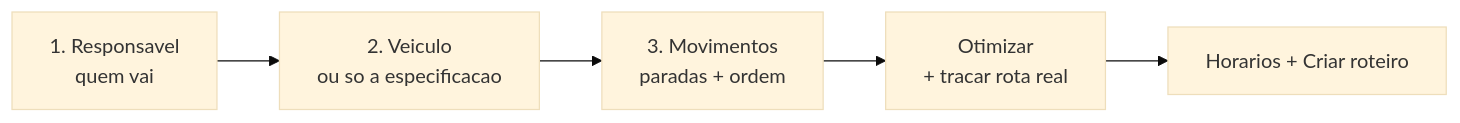
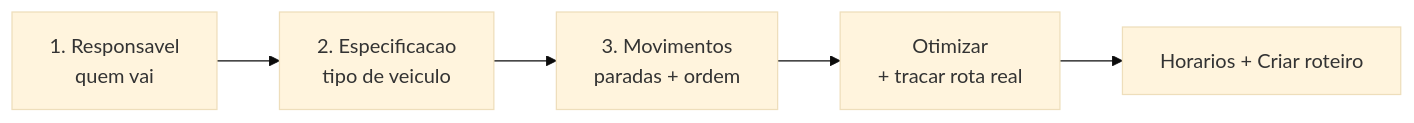
The first of 2 diagrams in logistica/planejando-o-roteiro.md (LocFlowTeam/locflow-docs), drawn with Mermaid (base theme) before and after one commit. The commit also changed other lines of this file, not shown here.

````diff
--- a/logistica/planejando-o-roteiro.md
+++ b/logistica/planejando-o-roteiro.md
@@ -20,7 +20,7 @@
 ```mermaid
 flowchart LR
-    P1[1. Responsavel<br/>quem vai] --> P2[2. Veiculo<br/>ou so a especificacao]
+    P1[1. Responsavel<br/>quem vai] --> P2[2. Especificacao<br/>tipo de veiculo]
     P2 --> P3[3. Movimentos<br/>paradas + ordem]
     P3 --> OT[Otimizar<br/>+ tracar rota real]
     OT --> CRIA[Horarios + Criar roteiro]
 ```
````
